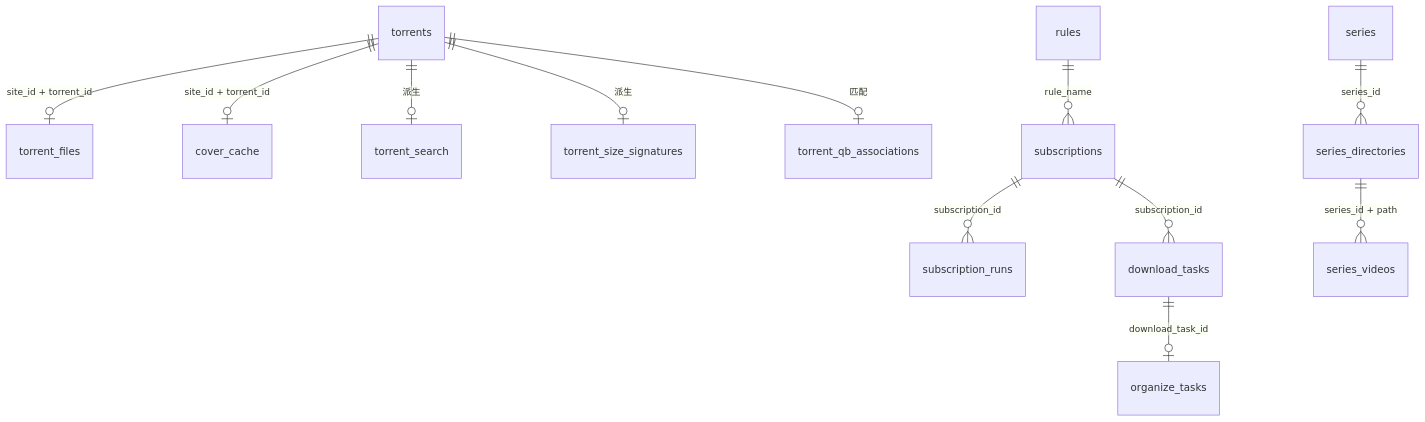
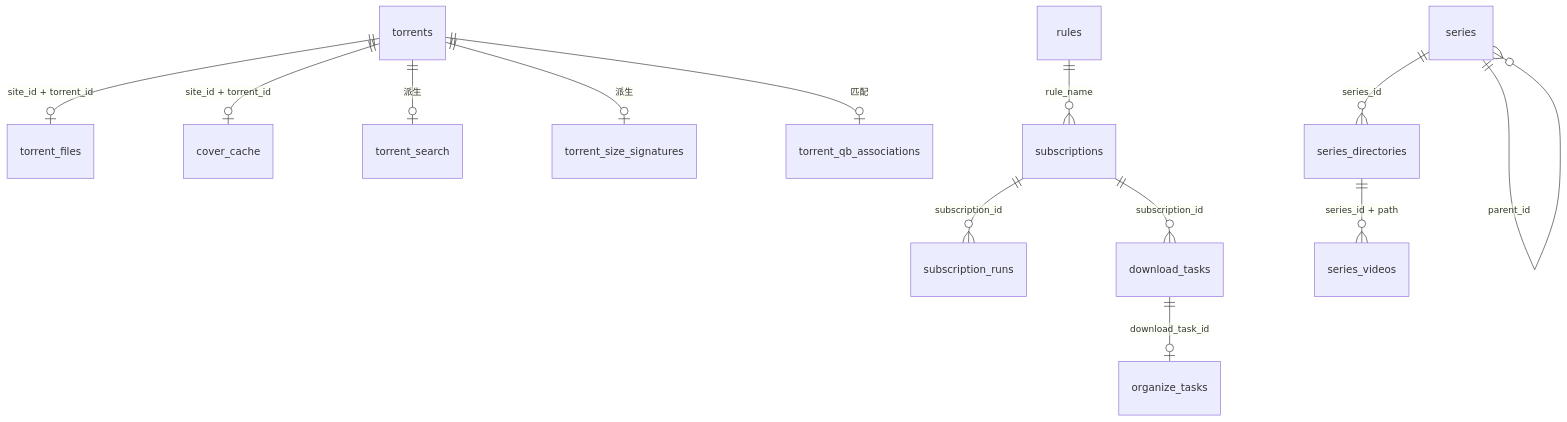
One commit to Huffer342-WSH/NexusBridge changed the second of 2 diagrams in docs/storage.md. Above: the diagram before and after it, drawn with Mermaid. The commit also changed other lines of this file and 24 other files, not shown here.

````diff
--- a/docs/storage.md
+++ b/docs/storage.md
@@ -251,14 +251,15 @@
 ```mermaid
 erDiagram
     torrents ||--o| torrent_files : "site_id + torrent_id"
     torrents ||--o| cover_cache : "site_id + torrent_id"
     torrents ||--o| torrent_search : "派生"
     torrents ||--o| torrent_size_signatures : "派生"
     torrents ||--o| torrent_qb_associations : "匹配"
     rules ||--o{ subscriptions : "rule_name"
     subscriptions ||--o{ subscription_runs : "subscription_id"
     subscriptions ||--o{ download_tasks : "subscription_id"
     download_tasks ||--o| organize_tasks : "download_task_id"
+    series ||--o{ series : "parent_id"
     series ||--o{ series_directories : "series_id"
     series_directories ||--o{ series_videos : "series_id + path"
 ```
````
